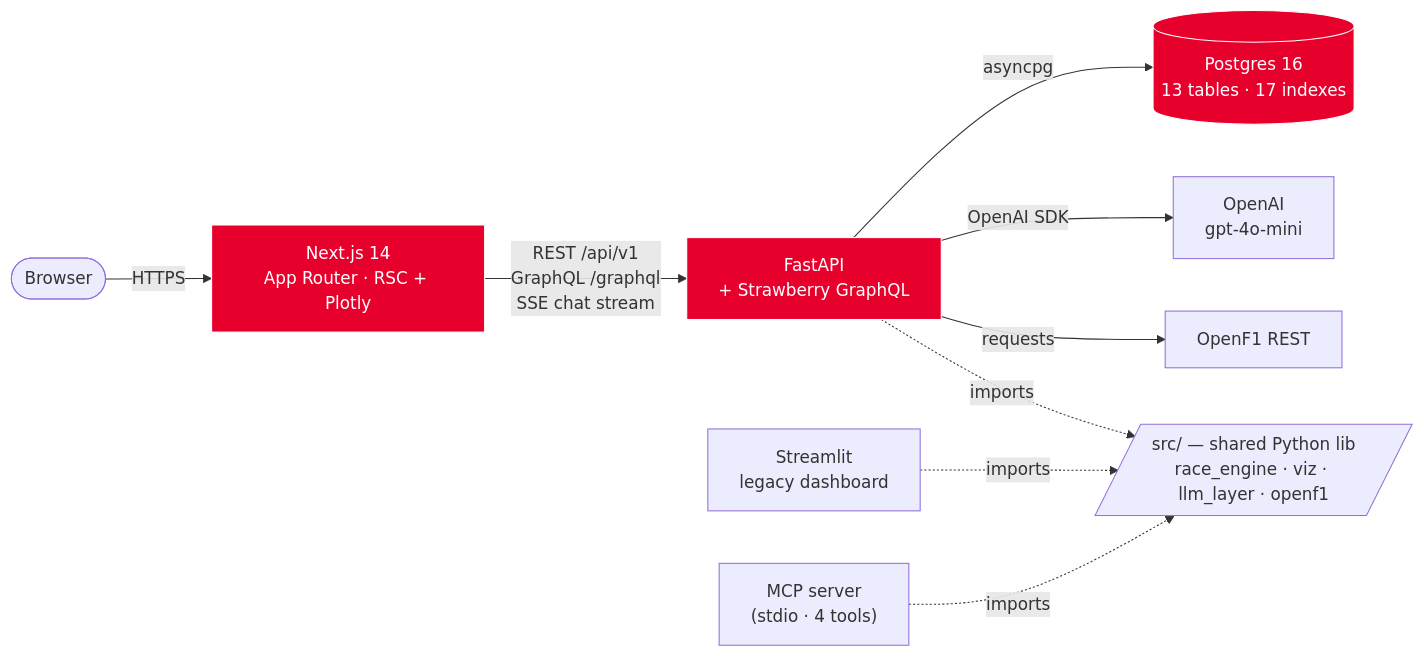
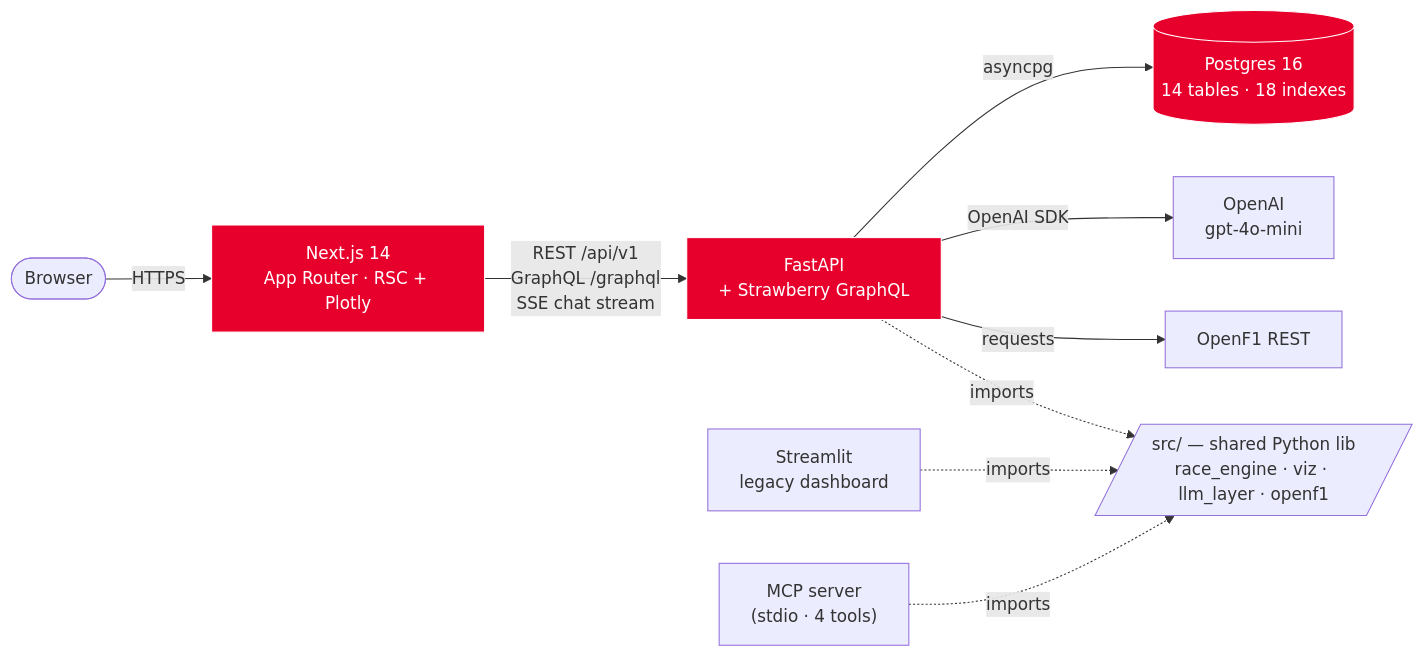
Before and after one commit to aswath950/driver-dna: the first of 3 diagrams in README.md, drawn with Mermaid. The commit also changed other lines of this file and 8 other files, not shown here.

````diff
--- a/README.md
+++ b/README.md
@@ -58,15 +267,15 @@
 ```mermaid
 flowchart LR
     User([Browser]) -->|HTTPS| Vercel["Next.js 14<br/>App Router · RSC + Plotly"]
     Vercel -->|REST /api/v1<br/>GraphQL /graphql<br/>SSE chat stream| Railway["FastAPI<br/>+ Strawberry GraphQL"]
-    Railway -->|asyncpg| PG[("Postgres 16<br/>13 tables · 17 indexes")]
+    Railway -->|asyncpg| PG[("Postgres 16<br/>14 tables · 18 indexes")]
     Railway -->|OpenAI SDK| OAI[OpenAI<br/>gpt-4o-mini]
     Railway -->|requests| OF1[OpenF1 REST]
 
     Streamlit["Streamlit<br/>legacy dashboard"] -.->|imports| Src[/"src/ — shared Python lib<br/>race_engine · viz · llm_layer · openf1"/]
     Railway -.->|imports| Src
     MCP["MCP server<br/>(stdio · 4 tools)"] -.->|imports| Src
 
     classDef new fill:#e8002d,stroke:#fff,color:#fff
     class Vercel,Railway,PG new
 ```
````
